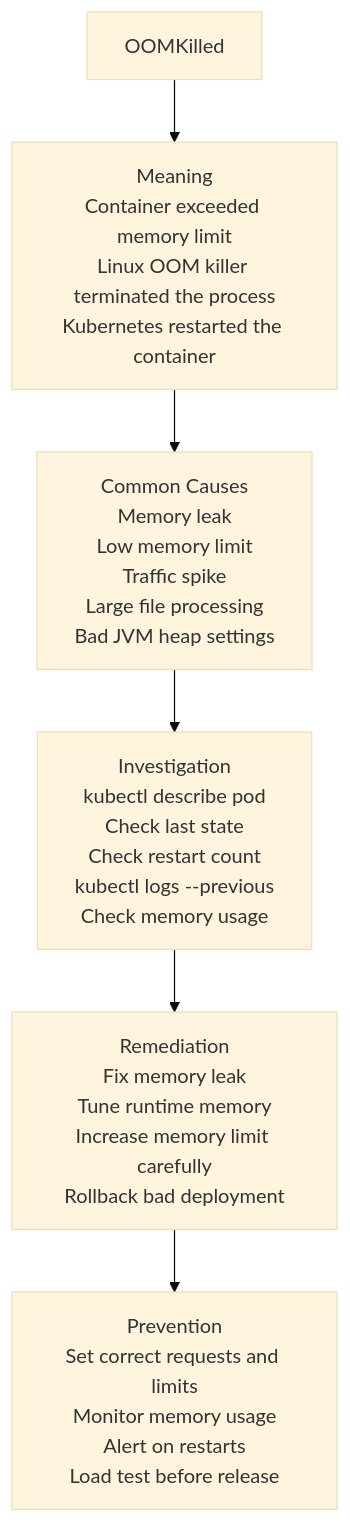
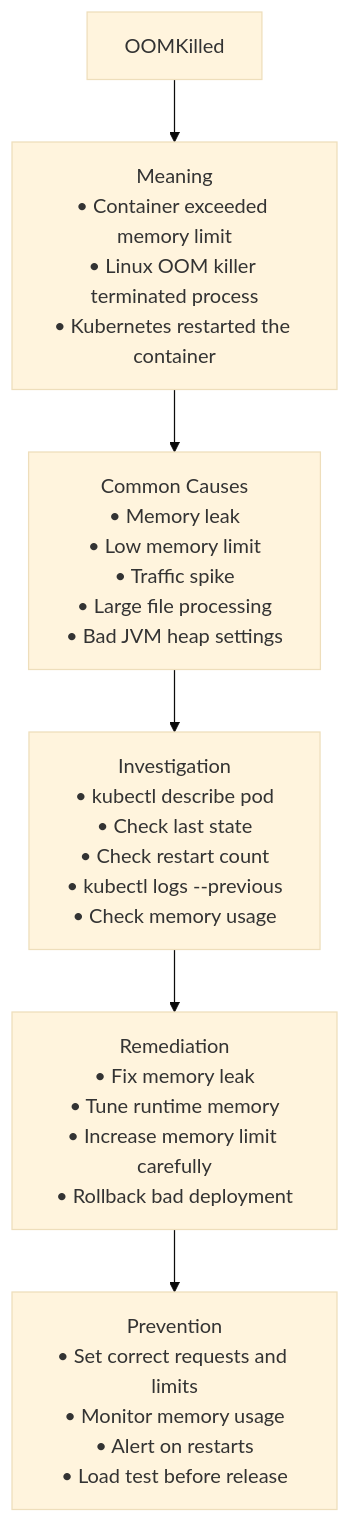
Before and after one commit to lingarajayli/devsecops-platform: the third of 3 diagrams in docs/incidents/004-oomkilled.md, drawn with Mermaid (base theme). The commit also changed other lines of this file, not shown here.

Commit message:
docs: make OOMKilled diagrams vertical

````diff
--- a/docs/incidents/004-oomkilled.md
+++ b/docs/incidents/004-oomkilled.md
@@ -55,20 +93,14 @@
 ```mermaid
 flowchart TD
     A["OOMKilled"]
 
-    B["Meaning<br/>Container exceeded memory limit<br/>Linux OOM killer terminated the process<br/>Kubernetes restarted the container"]
+    A --> B["Meaning<br/>• Container exceeded memory limit<br/>• Linux OOM killer terminated process<br/>• Kubernetes restarted the container"]
 
-    C["Common Causes<br/>Memory leak<br/>Low memory limit<br/>Traffic spike<br/>Large file processing<br/>Bad JVM heap settings"]
+    B --> C["Common Causes<br/>• Memory leak<br/>• Low memory limit<br/>• Traffic spike<br/>• Large file processing<br/>• Bad JVM heap settings"]
 
-    D["Investigation<br/>kubectl describe pod<br/>Check last state<br/>Check restart count<br/>kubectl logs --previous<br/>Check memory usage"]
+    C --> D["Investigation<br/>• kubectl describe pod<br/>• Check last state<br/>• Check restart count<br/>• kubectl logs --previous<br/>• Check memory usage"]
 
-    E["Remediation<br/>Fix memory leak<br/>Tune runtime memory<br/>Increase memory limit carefully<br/>Rollback bad deployment"]
+    D --> E["Remediation<br/>• Fix memory leak<br/>• Tune runtime memory<br/>• Increase memory limit carefully<br/>• Rollback bad deployment"]
 
-    F["Prevention<br/>Set correct requests and limits<br/>Monitor memory usage<br/>Alert on restarts<br/>Load test before release"]
-
-    A --> B
-    B --> C
-    C --> D
-    D --> E
-    E --> F
+    E --> F["Prevention<br/>• Set correct requests and limits<br/>• Monitor memory usage<br/>• Alert on restarts<br/>• Load test before release"]
 ```
````
